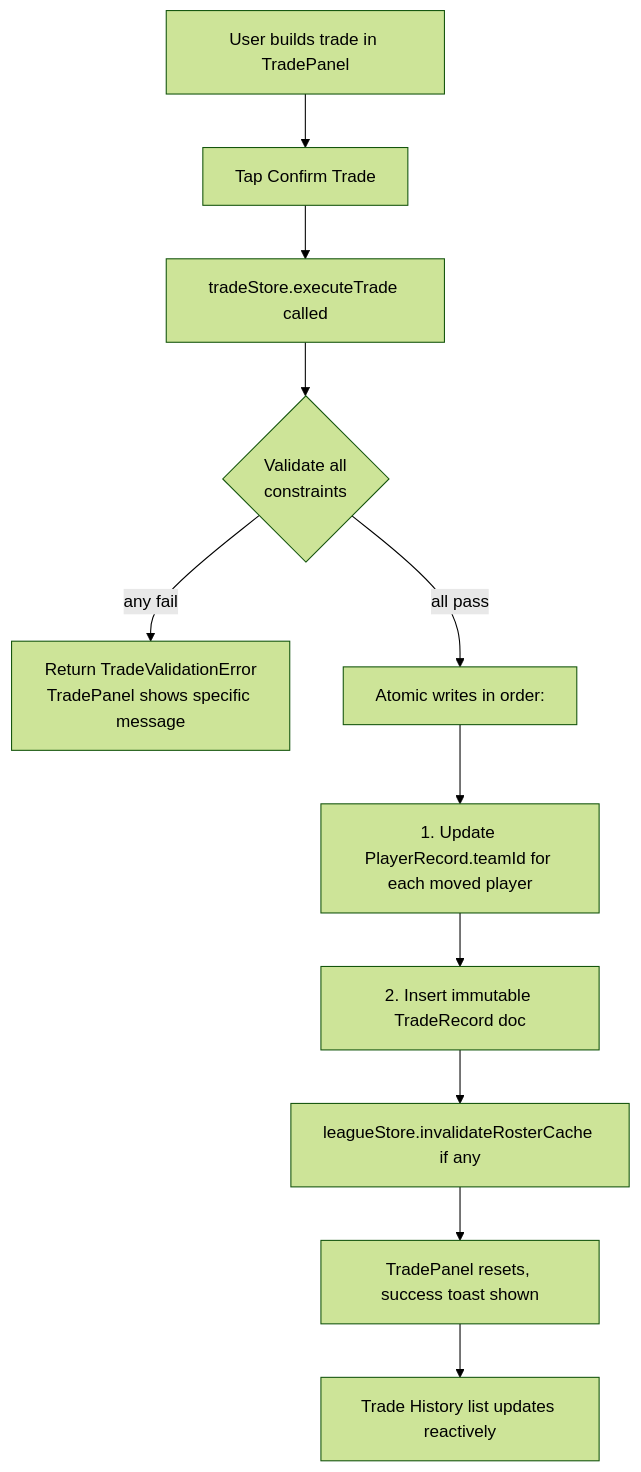
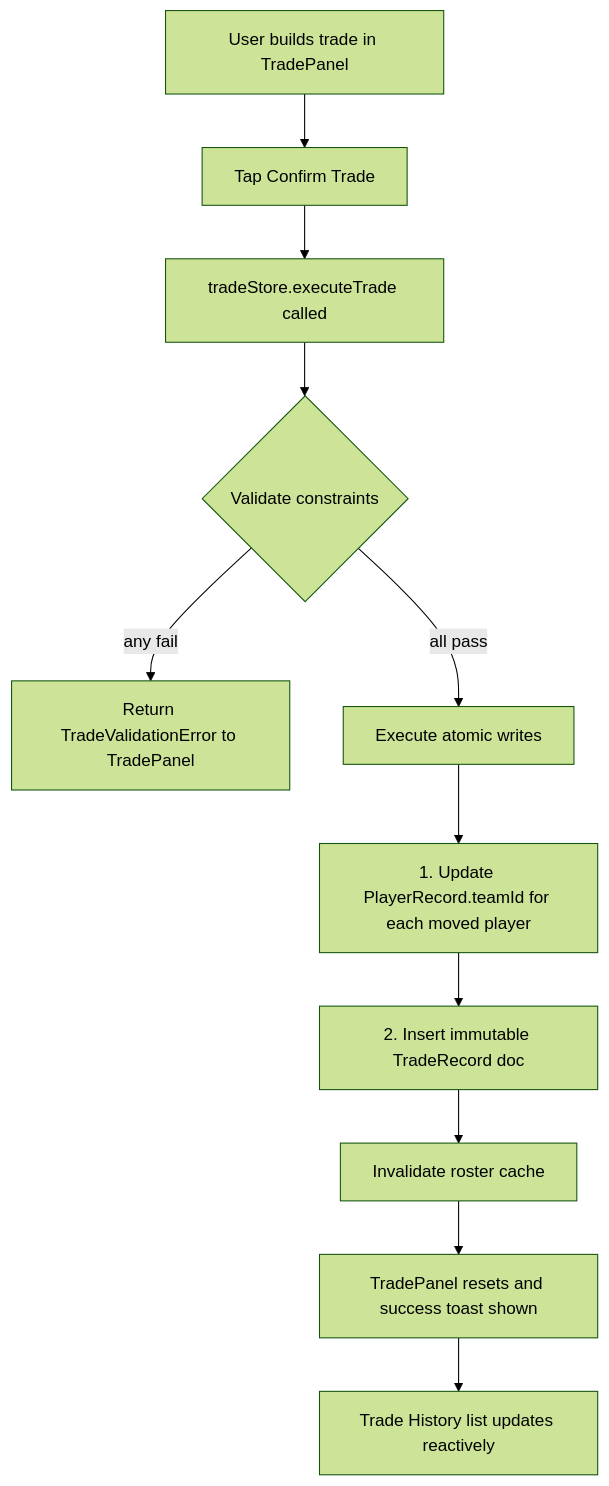
The diagram in docs/league-mode/trades.md (maniator/blipit-legends), drawn with Mermaid (forest theme) before and after one commit. The commit also changed 7 other files, not shown here.

First line of the commit message:
docs: epoch bump decision, schedule algorithm, fix all Mermaid diagrams

````diff
--- a/docs/league-mode/trades.md
+++ b/docs/league-mode/trades.md
@@ -48,13 +48,13 @@
 ```mermaid
 flowchart TD
     A[User builds trade in TradePanel] --> B[Tap Confirm Trade]
     B --> C[tradeStore.executeTrade called]
-    C --> D{Validate all\nconstraints}
-    D -->|any fail| E[Return TradeValidationError\nTradePanel shows specific message]
-    D -->|all pass| F[Atomic writes in order:]
+    C --> D{Validate constraints}
+    D -->|any fail| E[Return TradeValidationError to TradePanel]
+    D -->|all pass| F[Execute atomic writes]
     F --> G[1. Update PlayerRecord.teamId for each moved player]
     G --> H[2. Insert immutable TradeRecord doc]
-    H --> I[leagueStore.invalidateRosterCache if any]
-    I --> J[TradePanel resets, success toast shown]
+    H --> I[Invalidate roster cache]
+    I --> J[TradePanel resets and success toast shown]
     J --> K[Trade History list updates reactively]
 ```
````
